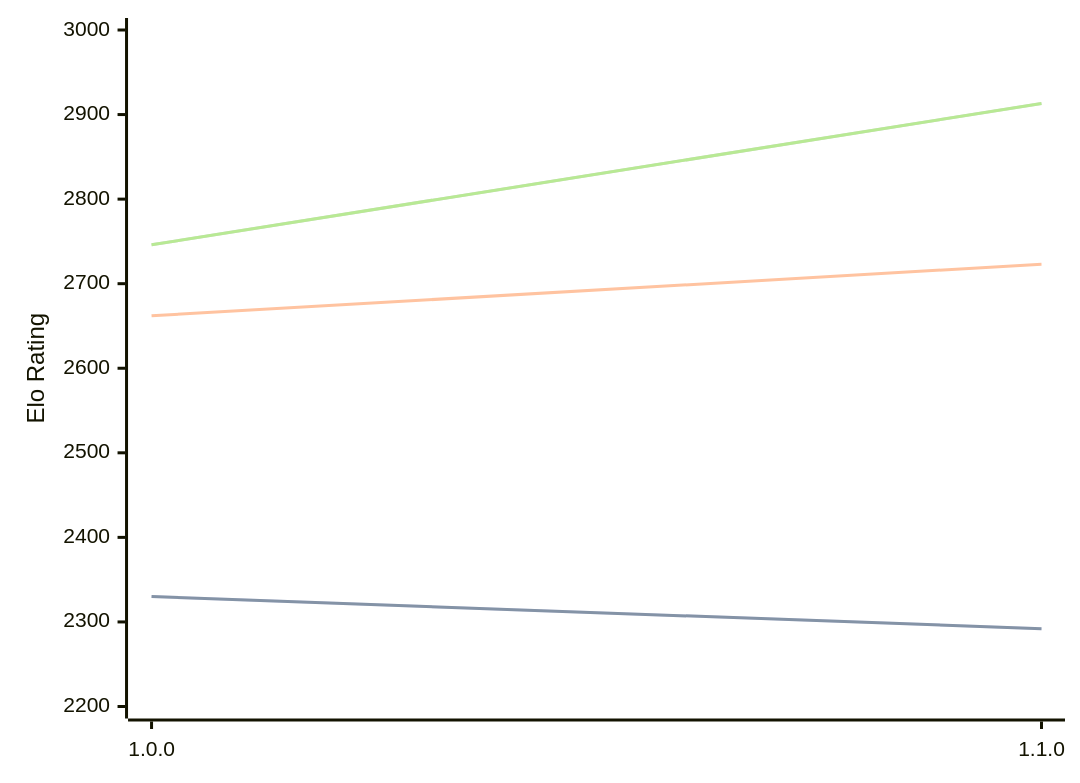
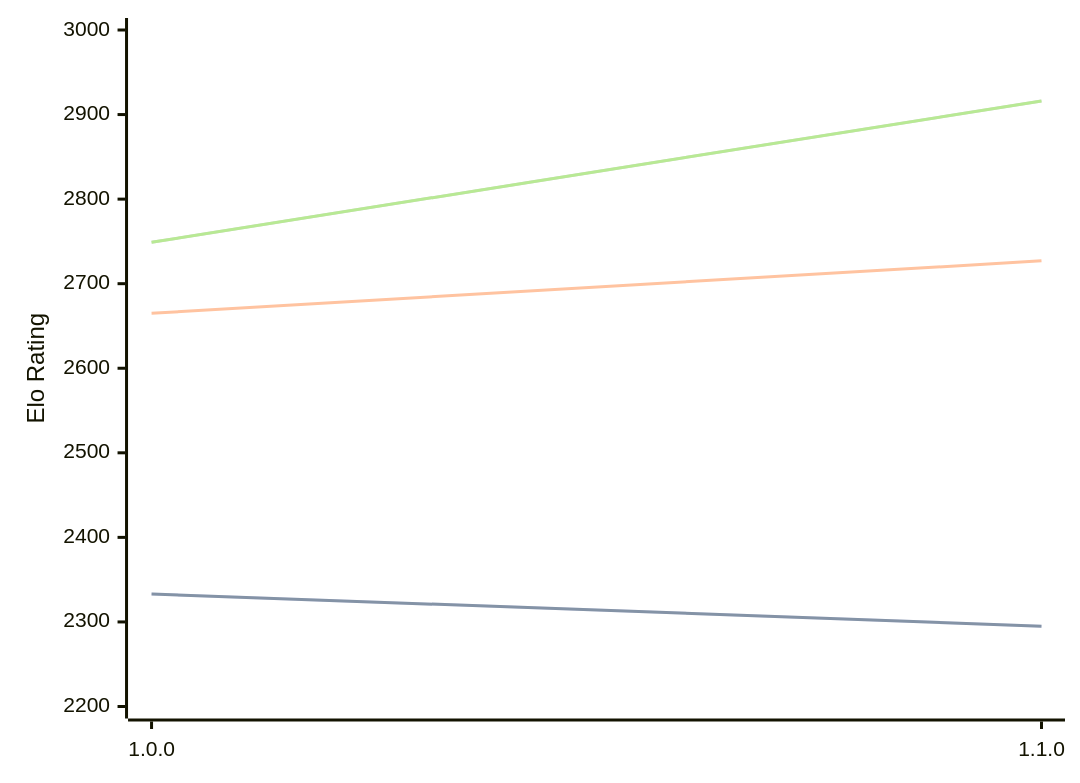
One commit to computer-chess-index/cci changed the diagram in engines/ShallowGuess.md. Above: the diagram before and after it, drawn with Mermaid. The commit also changed other lines of this file, not shown here.

Commit message:
Update CCI Ratings (ELO VLTC) - 2026-09-24

````diff
--- a/engines/ShallowGuess.md
+++ b/engines/ShallowGuess.md
@@ -32,11 +32,11 @@
 ```mermaid
 %%{init: {"theme":"base","themeVariables":{"seriesColors:['#a3a3a3','#222221','#faa371']}}}%%
 xychart-beta
   x-axis ["1.0.0", "1.1.0"]
   y-axis "Elo Rating" 2200 --> 3000
-  line "" [2330, 2292]
-  line "STC (8.0+0.08s)" [2330, 2292]
-  line "LTC (60.0+0.60s)" [2662, 2723]
-  line "" [2746, 2913]
-  line "VLTC (2m24s+1.12s)" [2746, 2913]
+  line "" [2333, 2295]
+  line "STC (8.0+0.08s)" [2333, 2295]
+  line "LTC (60.0+0.60s)" [2665, 2727]
+  line "" [2749, 2916]
+  line "VLTC (2m24s+1.12s)" [2749, 2916]
 ```
````
